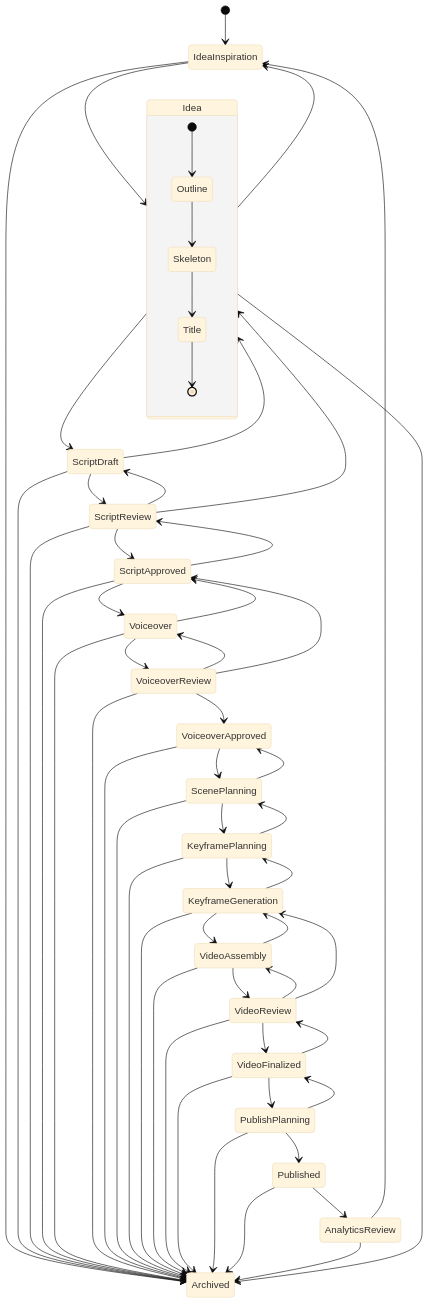
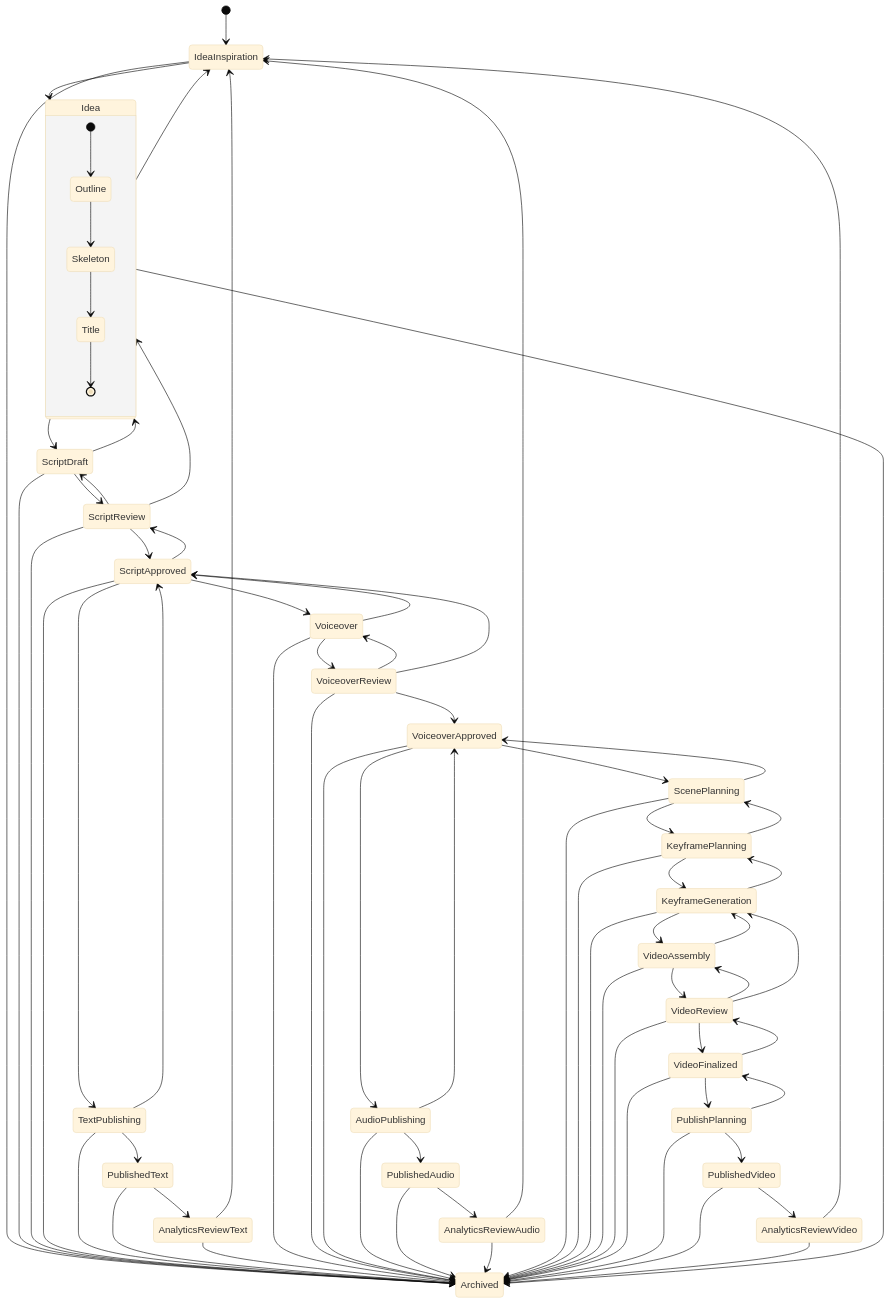
One commit to Nomoos/PrismQ changed the diagram in WORKFLOW.md. Above: the diagram before and after it, drawn with Mermaid (base theme). The commit also changed other lines of this file and 3 other files, not shown here.

Commit message:
Add multi-format publication tracks (Text, Audio, Video) with independent analytics

````diff
--- a/WORKFLOW.md
+++ b/WORKFLOW.md
@@ -35,10 +35,23 @@
     ScriptReview --> Idea
     ScriptReview --> Archived
 
+    ScriptApproved --> TextPublishing
     ScriptApproved --> Voiceover
     ScriptApproved --> ScriptReview
     ScriptApproved --> Archived
 
+    %% Text Publication Branch
+    TextPublishing --> PublishedText
+    TextPublishing --> ScriptApproved
+    TextPublishing --> Archived
+
+    PublishedText --> AnalyticsReviewText
+    PublishedText --> Archived
+
+    AnalyticsReviewText --> Archived
+    AnalyticsReviewText --> IdeaInspiration
+
+    %% Audio Production continues
     Voiceover --> VoiceoverReview
     Voiceover --> ScriptApproved
     Voiceover --> Archived
@@ -48,9 +61,22 @@
     VoiceoverReview --> ScriptApproved
     VoiceoverReview --> Archived
 
+    VoiceoverApproved --> AudioPublishing
     VoiceoverApproved --> ScenePlanning
     VoiceoverApproved --> Archived
 
+    %% Audio Publication Branch
+    AudioPublishing --> PublishedAudio
+    AudioPublishing --> VoiceoverApproved
+    AudioPublishing --> Archived
+
+    PublishedAudio --> AnalyticsReviewAudio
+    PublishedAudio --> Archived
+
+    AnalyticsReviewAudio --> Archived
+    AnalyticsReviewAudio --> IdeaInspiration
+
+    %% Video Production continues
     ScenePlanning --> KeyframePlanning
     ScenePlanning --> VoiceoverApproved
     ScenePlanning --> Archived
@@ -76,13 +102,14 @@
     VideoFinalized --> VideoReview
     VideoFinalized --> Archived
 
-    PublishPlanning --> Published
+    %% Video Publication Branch
+    PublishPlanning --> PublishedVideo
     PublishPlanning --> VideoFinalized
     PublishPlanning --> Archived
 
-    Published --> AnalyticsReview
-    Published --> Archived
+    PublishedVideo --> AnalyticsReviewVideo
+    PublishedVideo --> Archived
 
-    AnalyticsReview --> Archived
-    AnalyticsReview --> IdeaInspiration
+    AnalyticsReviewVideo --> Archived
+    AnalyticsReviewVideo --> IdeaInspiration
 ```
````
